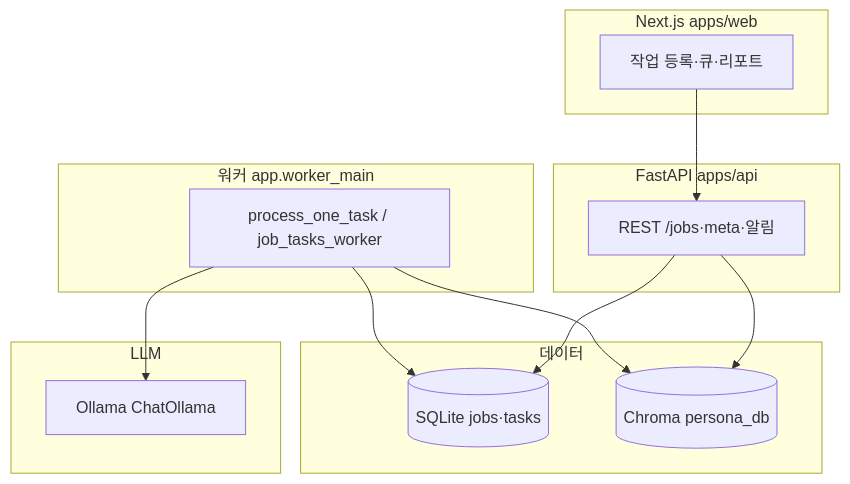
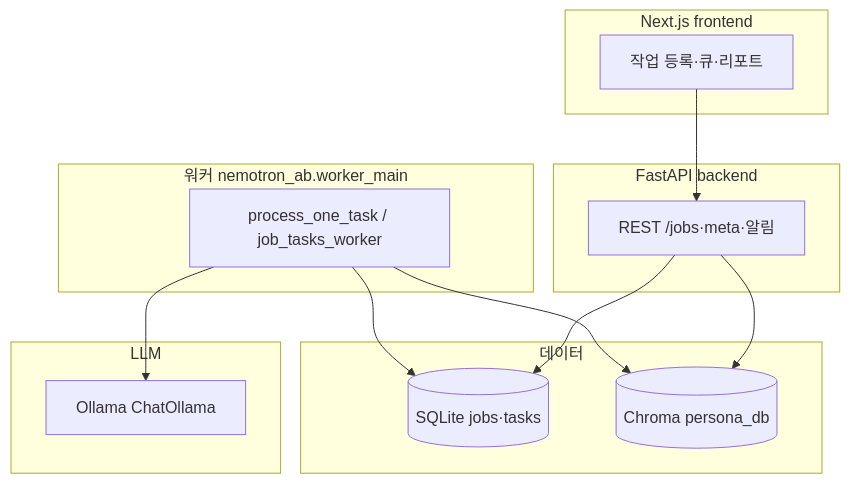
Before and after one commit to munggae-dev/Nemotron-AB: the diagram in docs/project-overview.md, drawn with Mermaid. The commit also changed other lines of this file and 108 other files, not shown here.

````diff
--- a/docs/project-overview.md
+++ b/docs/project-overview.md
@@ -11,25 +11,25 @@
 ```mermaid
 flowchart TB
-  subgraph web [Next.js apps/web]
+  subgraph web [Next.js frontend]
     UI[작업 등록·큐·리포트]
   end
-  subgraph api [FastAPI apps/api]
+  subgraph api [FastAPI backend]
     REST[REST /jobs·meta·알림]
   end
   subgraph data [데이터]
     SQLite[(SQLite jobs·tasks)]
     Chroma[(Chroma persona_db)]
   end
-  subgraph worker [워커 app.worker_main]
+  subgraph worker [워커 nemotron_ab.worker_main]
     W[process_one_task / job_tasks_worker]
   end
   subgraph llm [LLM]
     Ollama[Ollama ChatOllama]
   end
   UI --> REST
   REST --> SQLite
   REST --> Chroma
   W --> SQLite
   W --> Chroma
   W --> Ollama
 ```
````
